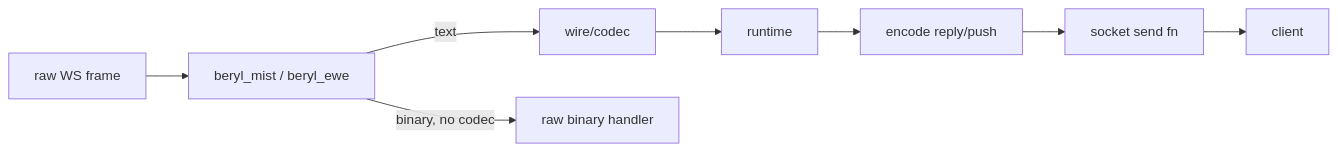
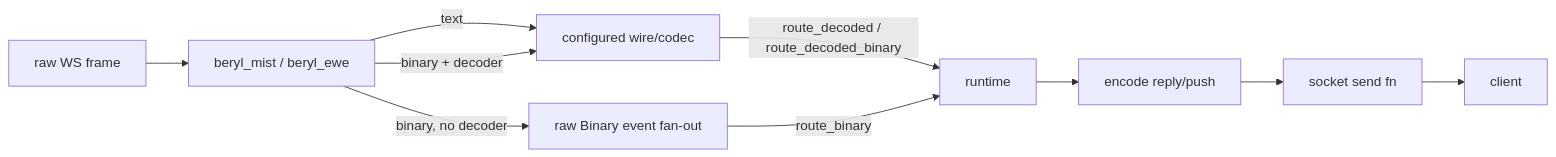
One commit to tylerbutler/beryl changed diagram 11 of 11 in docs/architecture-deck.md. Above: the diagram before and after it, drawn with Mermaid. The commit also changed other lines of this file and 14 other files, not shown here.

````diff
--- a/docs/architecture-deck.md
+++ b/docs/architecture-deck.md
@@ -415,8 +415,10 @@
 ```mermaid
 flowchart LR
   FR["raw WS frame"] --> MI["beryl_mist / beryl_ewe"]
-  MI -->|text| CD["wire/codec"]
-  MI -->|binary, no codec| RB["raw binary handler"]
-  CD --> RT["runtime"]
+  MI -->|text| CD["configured wire/codec"]
+  MI -->|binary + decoder| CD
+  MI -->|binary, no decoder| RB["raw Binary event fan-out"]
+  CD -->|route_decoded / route_decoded_binary| RT["runtime"]
+  RB -->|route_binary| RT
   RT --> EN["encode reply/push"] --> SF["socket send fn"] --> CL["client"]
 ```
````
